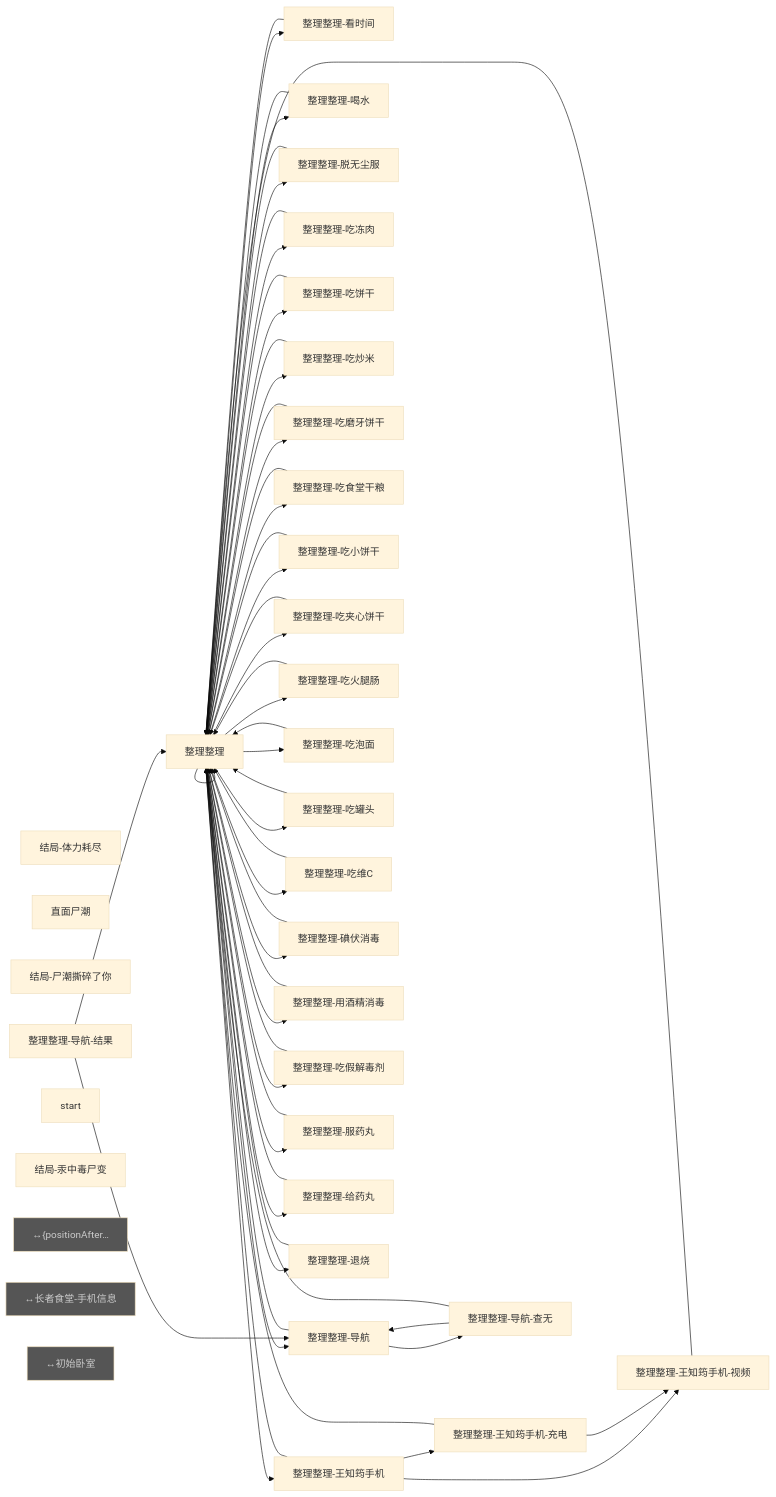
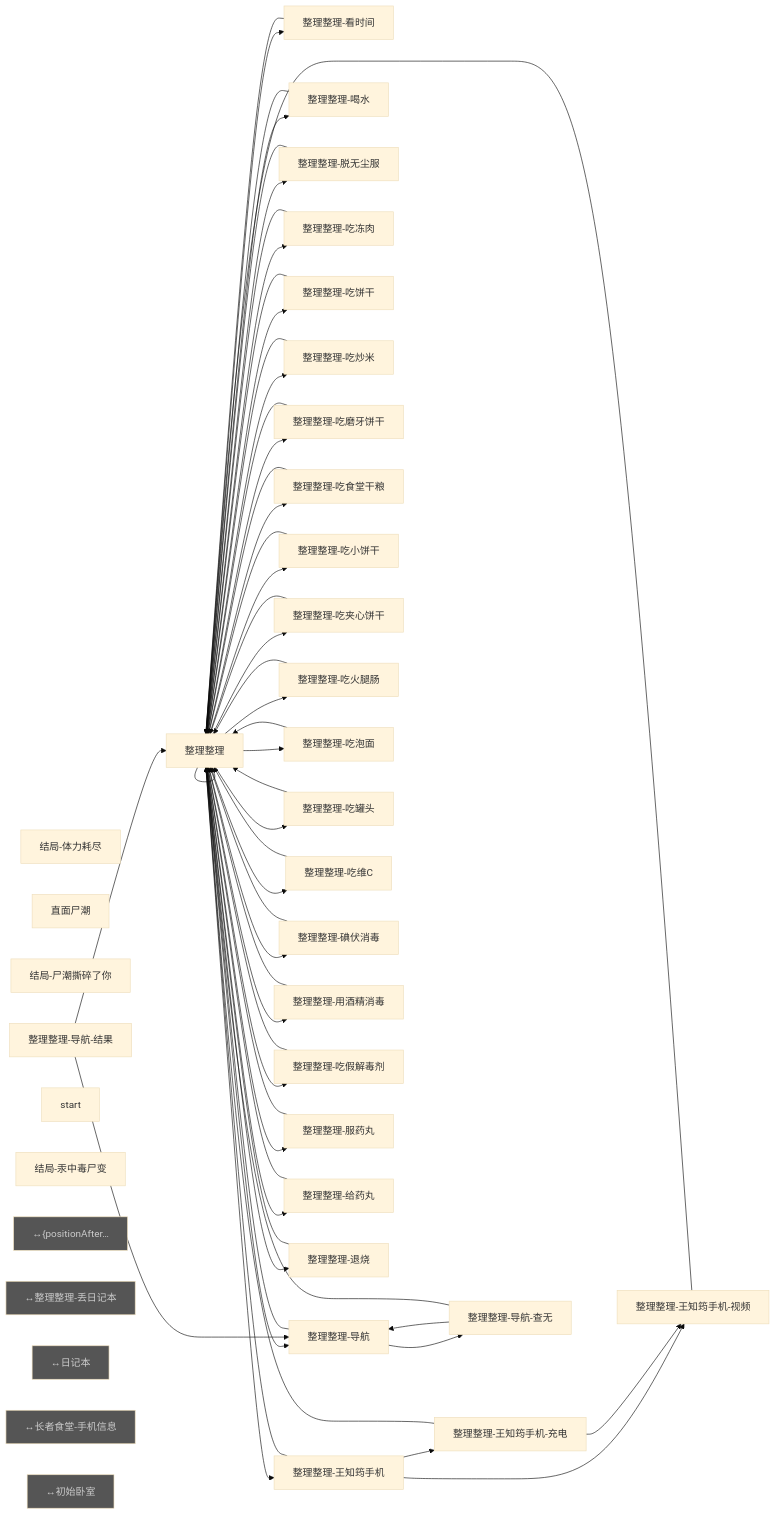
The first of 25 diagrams in tools/graph-report/总览.md (bobomymz/Plot-Game), drawn with Mermaid (base theme) before and after one commit. The commit also changed other lines of this file and 78 other files, not shown here.

```diff
--- a/tools/graph-report/总览.md
+++ b/tools/graph-report/总览.md
@@ -82,8 +82,10 @@
   n30["start"]
   n31["结局-汞中毒尸变"]
   n32["↔{positionAfter…"]:::ext
-  n33["↔长者食堂-手机信息"]:::ext
-  n34["↔初始卧室"]:::ext
+  n33["↔整理整理-丢日记本"]:::ext
+  n34["↔日记本"]:::ext
+  n35["↔长者食堂-手机信息"]:::ext
+  n36["↔初始卧室"]:::ext
   n3 --> n3
   n3 --> n8
   n3 --> n9
```
